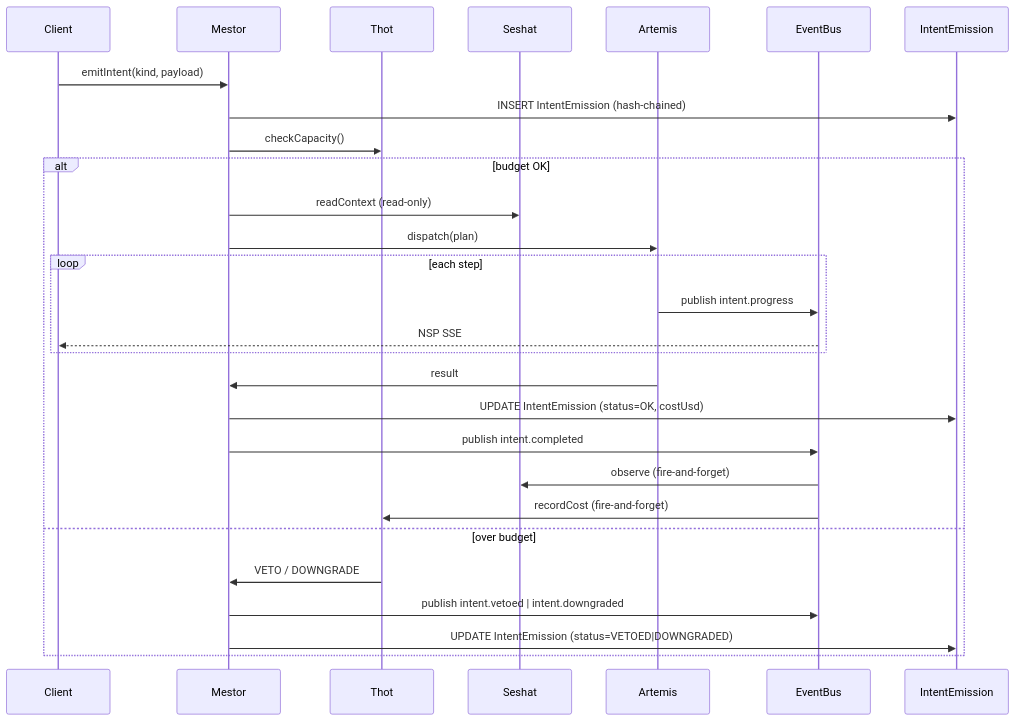
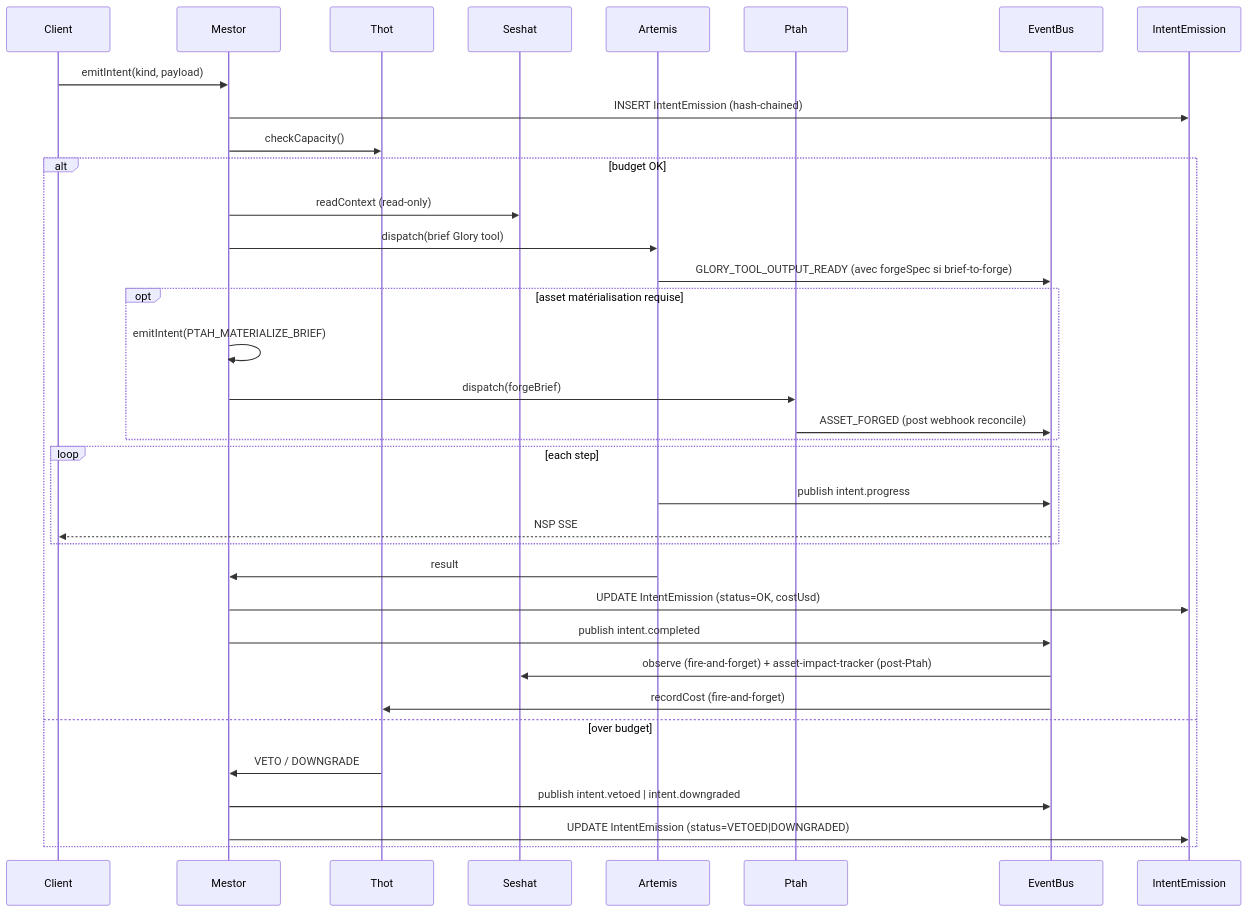
One commit to xtincell/ADVE-project changed the first of 2 diagrams in docs/governance/ARCHITECTURE.md. Above: the diagram before and after it, drawn with Mermaid. The commit also changed other lines of this file and 52 other files, not shown here.

First line of the commit message:
feat(ptah): 5ème Neter Forge + alignement panthéon (Phase 9, ADR-0009/0010/0011)

````diff
--- a/docs/governance/ARCHITECTURE.md
+++ b/docs/governance/ARCHITECTURE.md
@@ -22,31 +24,38 @@
 ```mermaid
 sequenceDiagram
   participant Client
   participant Mestor
   participant Thot
   participant Seshat
   participant Artemis
+  participant Ptah
   participant Bus as EventBus
   participant DB as IntentEmission
 
   Client->>Mestor: emitIntent(kind, payload)
   Mestor->>DB: INSERT IntentEmission (hash-chained)
   Mestor->>Thot: checkCapacity()
   alt budget OK
     Mestor->>Seshat: readContext (read-only)
-    Mestor->>Artemis: dispatch(plan)
+    Mestor->>Artemis: dispatch(brief Glory tool)
+    Artemis->>Bus: GLORY_TOOL_OUTPUT_READY (avec forgeSpec si brief-to-forge)
+    opt asset matérialisation requise
+      Mestor->>Mestor: emitIntent(PTAH_MATERIALIZE_BRIEF)
+      Mestor->>Ptah: dispatch(forgeBrief)
+      Ptah->>Bus: ASSET_FORGED (post webhook reconcile)
+    end
     loop each step
       Artemis->>Bus: publish intent.progress
       Bus-->>Client: NSP SSE
     end
     Artemis->>Mestor: result
     Mestor->>DB: UPDATE IntentEmission (status=OK, costUsd)
     Mestor->>Bus: publish intent.completed
-    Bus->>Seshat: observe (fire-and-forget)
+    Bus->>Seshat: observe (fire-and-forget) + asset-impact-tracker (post-Ptah)
     Bus->>Thot: recordCost (fire-and-forget)
   else over budget
     Thot->>Mestor: VETO / DOWNGRADE
     Mestor->>Bus: publish intent.vetoed | intent.downgraded
     Mestor->>DB: UPDATE IntentEmission (status=VETOED|DOWNGRADED)
   end
 ```
````
